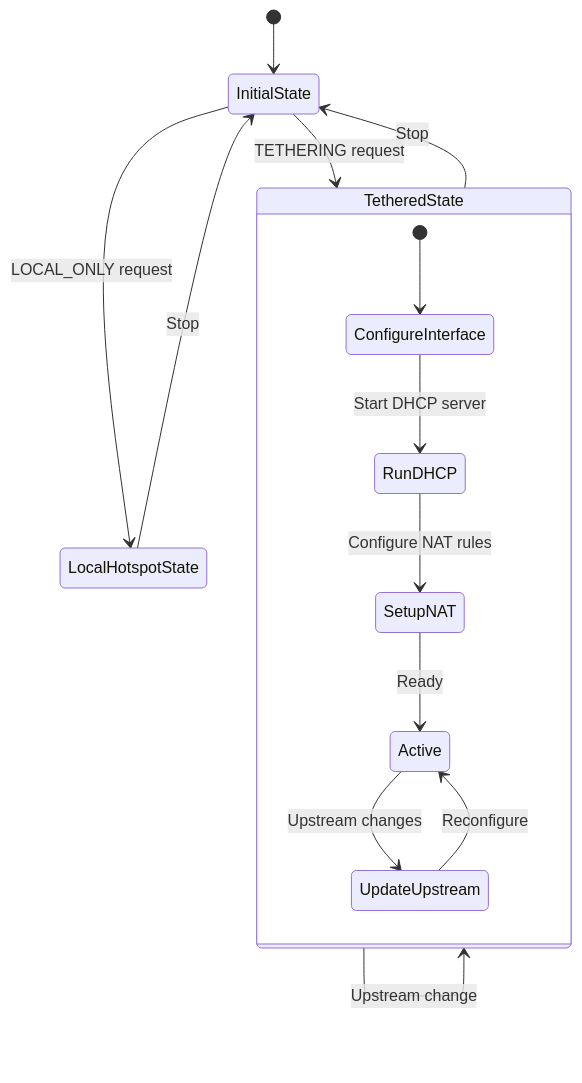
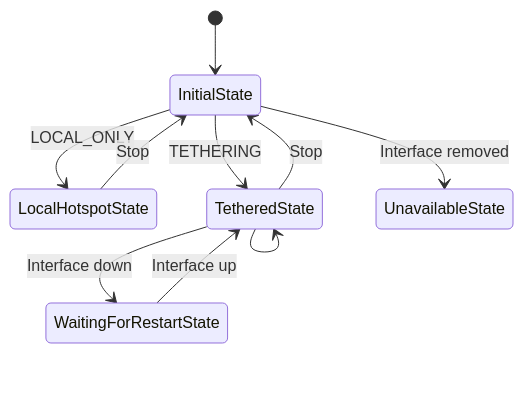
One commit to aospbooks/aosp-internal-book changed diagram 23 of 55 in 35-networking.md. Above: the diagram before and after it, drawn with Mermaid. The commit also changed other lines of this file and 218 other files, not shown here.

````diff
--- a/35-networking.md
+++ b/35-networking.md
@@ -1929,18 +1921,12 @@
 ```mermaid
 stateDiagram-v2
     [*] --> InitialState
-    InitialState --> LocalHotspotState: LOCAL_ONLY request
-    InitialState --> TetheredState: TETHERING request
+    InitialState --> LocalHotspotState: LOCAL_ONLY
+    InitialState --> TetheredState: TETHERING
     LocalHotspotState --> InitialState: Stop
     TetheredState --> InitialState: Stop
-    TetheredState --> TetheredState: Upstream change
-
-    state TetheredState {
-        [*] --> ConfigureInterface
-        ConfigureInterface --> RunDHCP: Start DHCP server
-        RunDHCP --> SetupNAT: Configure NAT rules
-        SetupNAT --> Active: Ready
-        Active --> UpdateUpstream: Upstream changes
-        UpdateUpstream --> Active: Reconfigure
-    }
+    TetheredState --> TetheredState
+    TetheredState --> WaitingForRestartState: Interface down
+    WaitingForRestartState --> TetheredState: Interface up
+    InitialState --> UnavailableState: Interface removed
 ```
````
